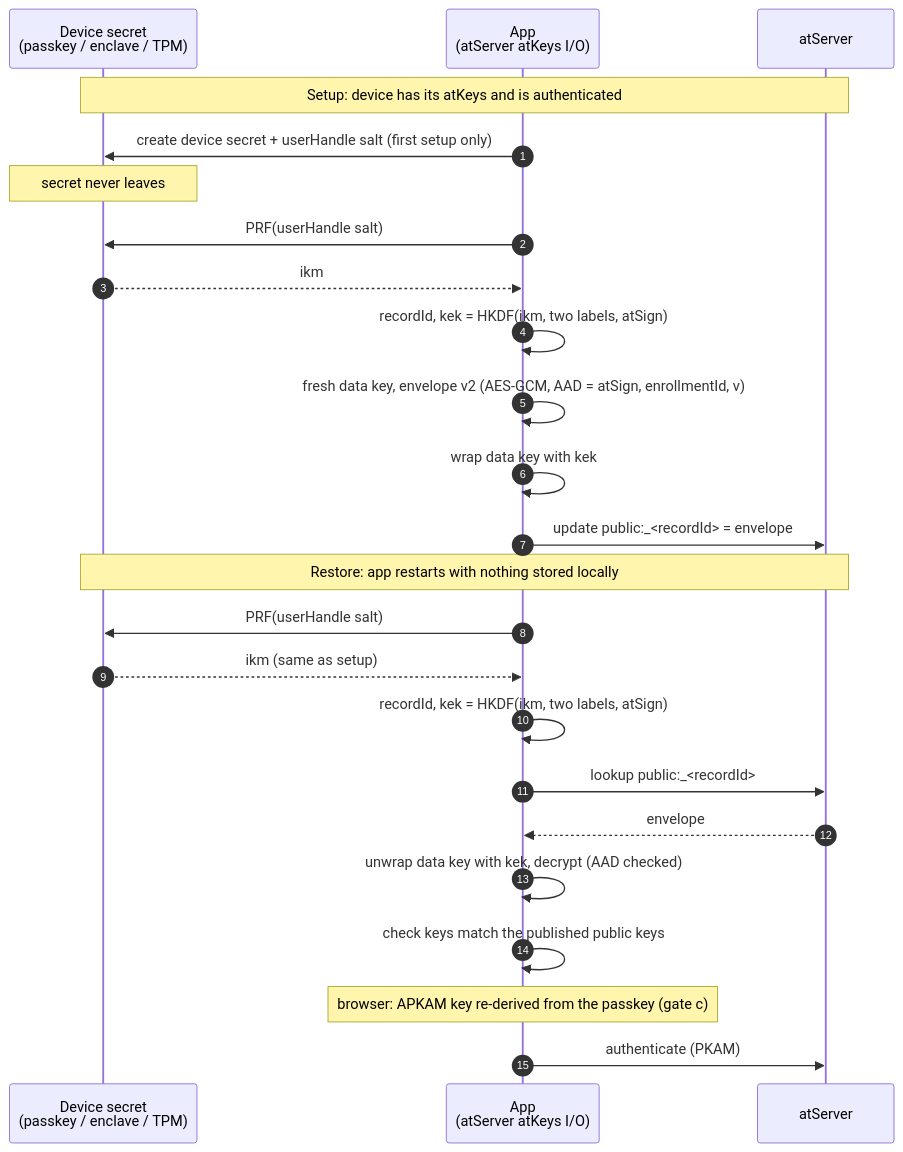
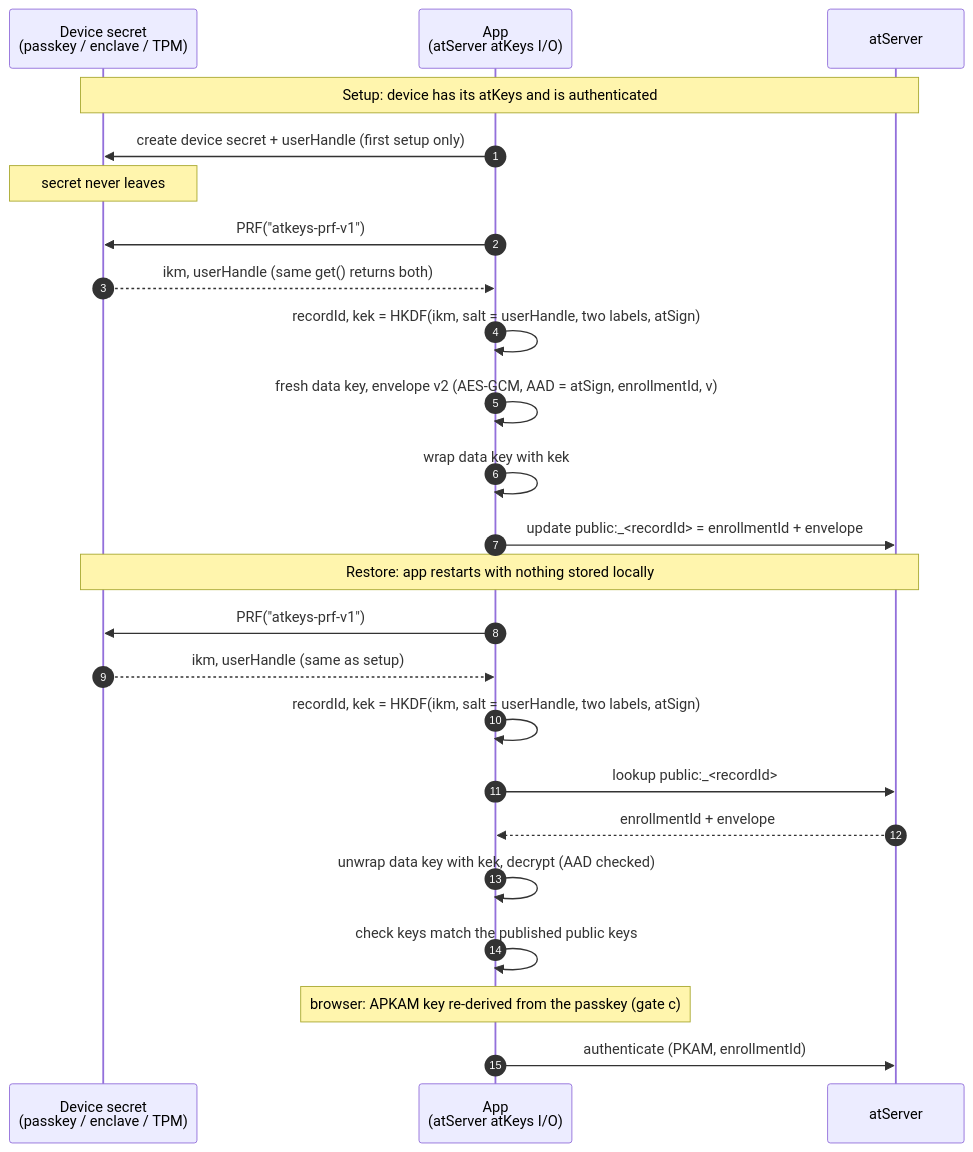
Before and after one commit to atsign-foundation/at_client_sdk: the diagram in docs/projects/key-sources/prf-server-keys-blob.md, drawn with Mermaid. The commit also changed other lines of this file and 4 other files, not shown here.

````diff
--- a/docs/projects/key-sources/prf-server-keys-blob.md
+++ b/docs/projects/key-sources/prf-server-keys-blob.md
@@ -67,28 +84,28 @@
 ```mermaid
 sequenceDiagram
     autonumber
     participant S as Device secret<br/>(passkey / enclave / TPM)
     participant A as App<br/>(atServer atKeys I/O)
     participant AS as atServer
 
     Note over S,AS: Setup: device has its atKeys and is authenticated
-    A->>S: create device secret + userHandle salt (first setup only)
+    A->>S: create device secret + userHandle (first setup only)
     Note over S: secret never leaves
-    A->>S: PRF(userHandle salt)
-    S-->>A: ikm
-    A->>A: recordId, kek = HKDF(ikm, two labels, atSign)
+    A->>S: PRF("atkeys-prf-v1")
+    S-->>A: ikm, userHandle (same get() returns both)
+    A->>A: recordId, kek = HKDF(ikm, salt = userHandle, two labels, atSign)
     A->>A: fresh data key, envelope v2 (AES-GCM, AAD = atSign, enrollmentId, v)
     A->>A: wrap data key with kek
-    A->>AS: update public:_<recordId> = envelope
+    A->>AS: update public:_<recordId> = enrollmentId + envelope
 
     Note over S,AS: Restore: app restarts with nothing stored locally
-    A->>S: PRF(userHandle salt)
-    S-->>A: ikm (same as setup)
-    A->>A: recordId, kek = HKDF(ikm, two labels, atSign)
+    A->>S: PRF("atkeys-prf-v1")
+    S-->>A: ikm, userHandle (same as setup)
+    A->>A: recordId, kek = HKDF(ikm, salt = userHandle, two labels, atSign)
     A->>AS: lookup public:_<recordId>
-    AS-->>A: envelope
+    AS-->>A: enrollmentId + envelope
     A->>A: unwrap data key with kek, decrypt (AAD checked)
     A->>A: check keys match the published public keys
     Note over A: browser: APKAM key re-derived from the passkey (gate c)
-    A->>AS: authenticate (PKAM)
+    A->>AS: authenticate (PKAM, enrollmentId)
 ```
````
